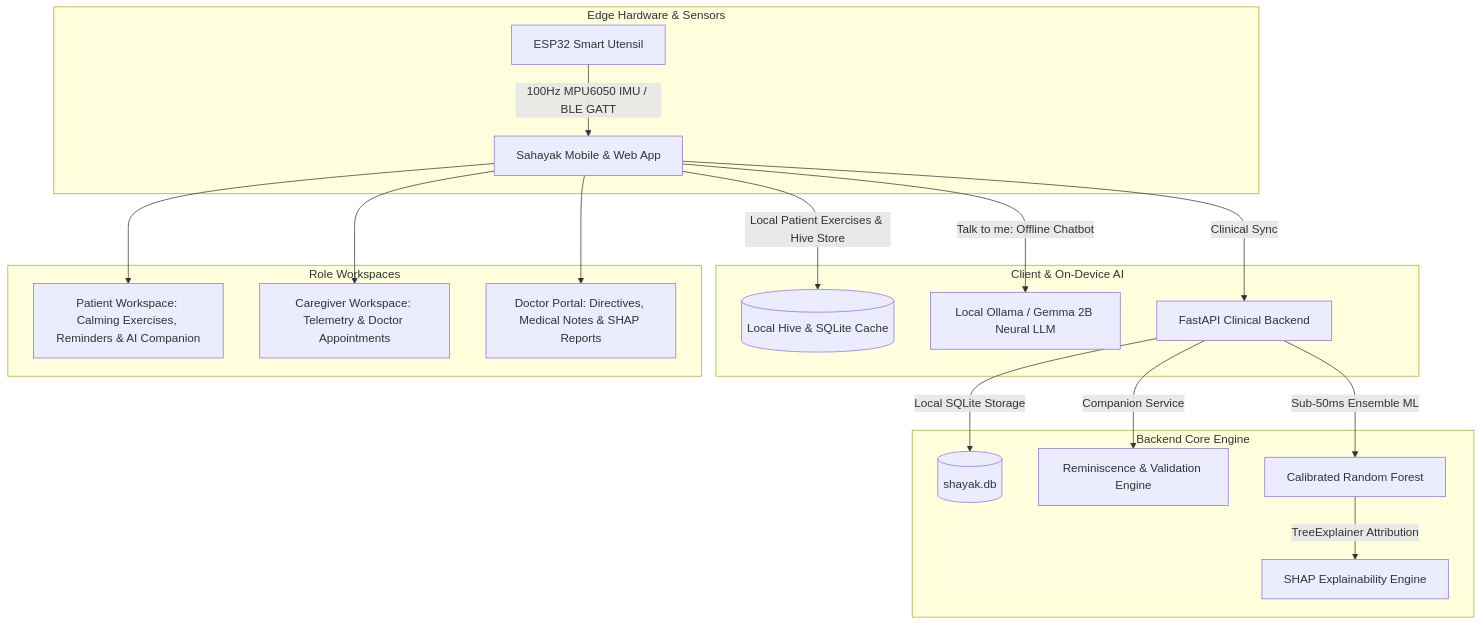
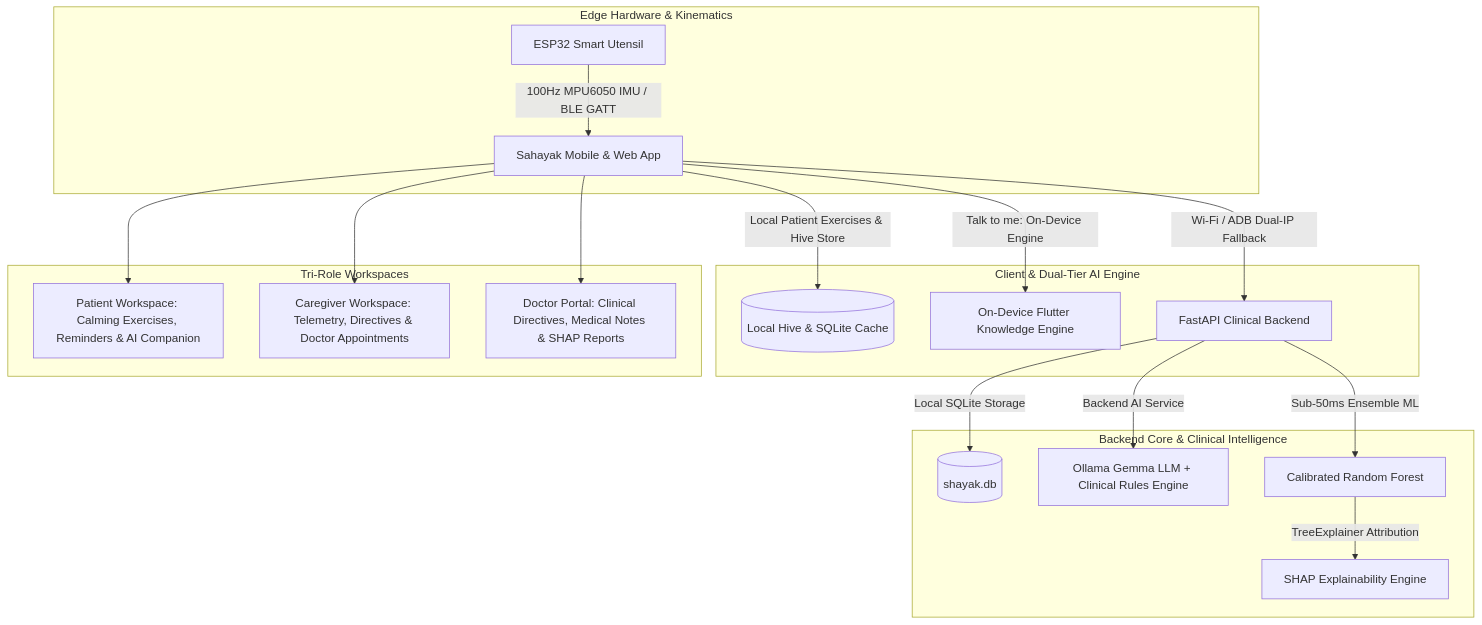
Before and after one commit to Shivansh1146/SIH-Final-Round: the diagram in README.md, drawn with Mermaid. The commit also changed other lines of this file, not shown here.

Commit message:
docs: update README with NER problem statement and knowledge engine details

````diff
--- a/README.md
+++ b/README.md
@@ -28,25 +34,25 @@
 ```mermaid
 graph TD
-    subgraph Edge Hardware & Sensors
+    subgraph Edge Hardware & Kinematics
         HW[ESP32 Smart Utensil] -->|100Hz MPU6050 IMU / BLE GATT| APP[Sahayak Mobile & Web App]
     end
 
-    subgraph Client & On-Device AI
+    subgraph Client & Dual-Tier AI Engine
         APP -->|Local Patient Exercises & Hive Store| DB[(Local Hive & SQLite Cache)]
-        APP -->|Talk to me: Offline Chatbot| OLLAMA[Local Ollama / Gemma 2B Neural LLM]
-        APP -->|Clinical Sync| API[FastAPI Clinical Backend]
+        APP -->|Talk to me: On-Device Engine| DART_ENGINE[On-Device Flutter Knowledge Engine]
+        APP -->|Wi-Fi / ADB Dual-IP Fallback| API[FastAPI Clinical Backend]
     end
 
-    subgraph Backend Core Engine
+    subgraph Backend Core & Clinical Intelligence
         API -->|Local SQLite Storage| SQL[(shayak.db)]
-        API -->|Companion Service| CS[Reminiscence & Validation Engine]
+        API -->|Backend AI Service| CS[Ollama Gemma LLM + Clinical Rules Engine]
         API -->|Sub-50ms Ensemble ML| ML[Calibrated Random Forest]
         ML -->|TreeExplainer Attribution| SHAP[SHAP Explainability Engine]
     end
 
-    subgraph Role Workspaces
+    subgraph Tri-Role Workspaces
         APP --> P[Patient Workspace: Calming Exercises, Reminders & AI Companion]
-        APP --> C[Caregiver Workspace: Telemetry & Doctor Appointments]
-        APP --> D[Doctor Portal: Directives, Medical Notes & SHAP Reports]
+        APP --> C[Caregiver Workspace: Telemetry, Directives & Doctor Appointments]
+        APP --> D[Doctor Portal: Clinical Directives, Medical Notes & SHAP Reports]
     end
 ```
````
